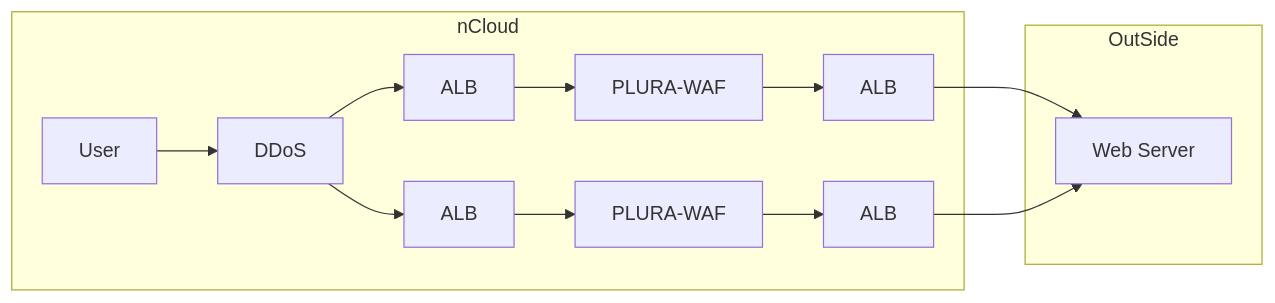
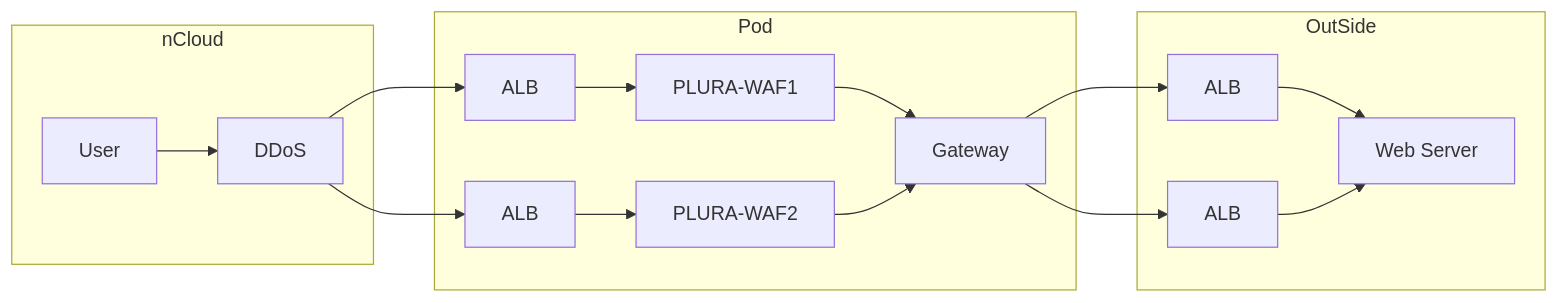
The fourth of 4 diagrams in xdr/diagram/README.md (qubitsec/plura), drawn with Mermaid before and after one commit.

````diff
--- a/xdr/diagram/README.md
+++ b/xdr/diagram/README.md
@@ -70,19 +70,24 @@
 ```mermaid
 flowchart LR
     subgraph nCloud
 		User --> DDoS
+    end
+
+    subgraph Pod
 		DDoS --> ALB1[ALB]
 		DDoS --> ALB2[ALB]
-		
-		ALB1 --> PLURA-WAF1[PLURA-WAF]
-		ALB2 --> PLURA-WAF2[PLURA-WAF]
-		
-	    PLURA-WAF1 --> ALB3[ALB]
-		PLURA-WAF2 --> ALB4[ALB]
+
+        ALB1 --> PLURA-WAF1
+        ALB2 --> PLURA-WAF2
+
+	    PLURA-WAF1 --> Gateway[Gateway]
+		PLURA-WAF2 --> Gateway[Gateway]
     end
 
     subgraph OutSide
+		Gateway --> ALB3[ALB]
+		Gateway --> ALB4[ALB]
 		ALB3 --> WebServer[Web Server]
 		ALB4 --> WebServer[Web Server]
     end 
 ```
````
